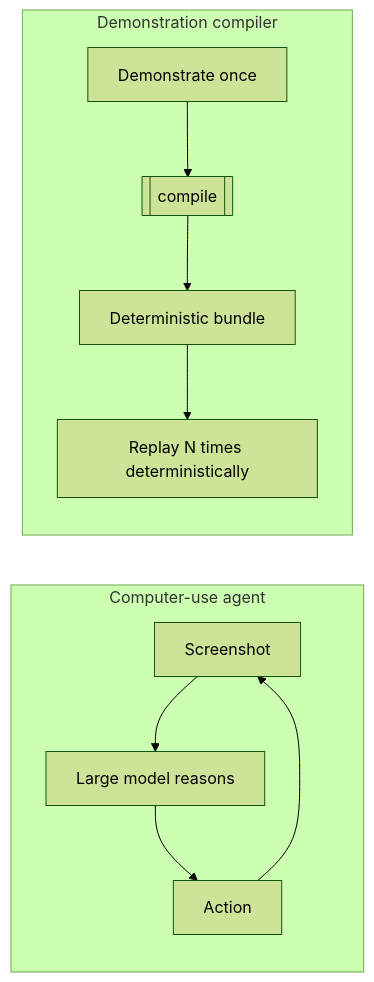
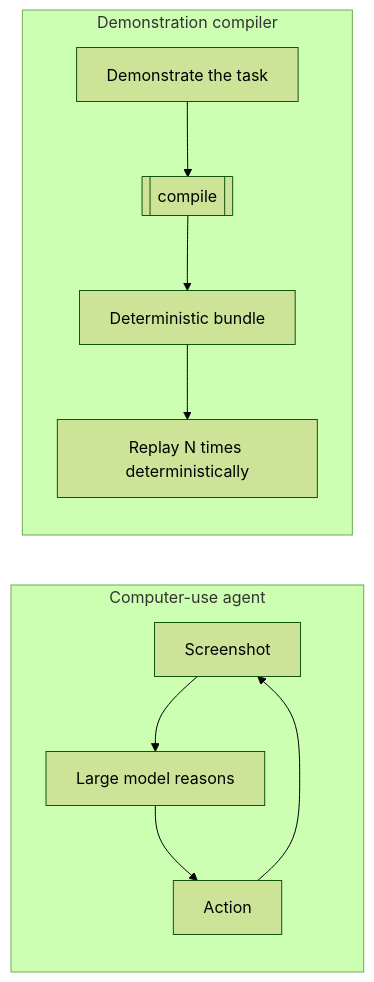
The diagram in docs/concepts/demonstration-compiler.md (OpenAdaptAI/openadapt-ops), drawn with Mermaid (forest theme) before and after one commit. The commit also changed other lines of this file and 35 other files, not shown here.

````diff
--- a/docs/concepts/demonstration-compiler.md
+++ b/docs/concepts/demonstration-compiler.md
@@ -14,12 +14,12 @@
 ```mermaid
 flowchart LR
     subgraph Agent["Computer-use agent"]
         direction TB
         a1[Screenshot] --> a2[Large model reasons] --> a3[Action] --> a1
     end
     subgraph OpenAdapt["Demonstration compiler"]
         direction TB
-        b1[Demonstrate once] --> b2[[compile]] --> b3[Deterministic bundle]
+        b1[Demonstrate the task] --> b2[[compile]] --> b3[Deterministic bundle]
         b3 --> b4[Replay N times deterministically]
     end
 ```
````
